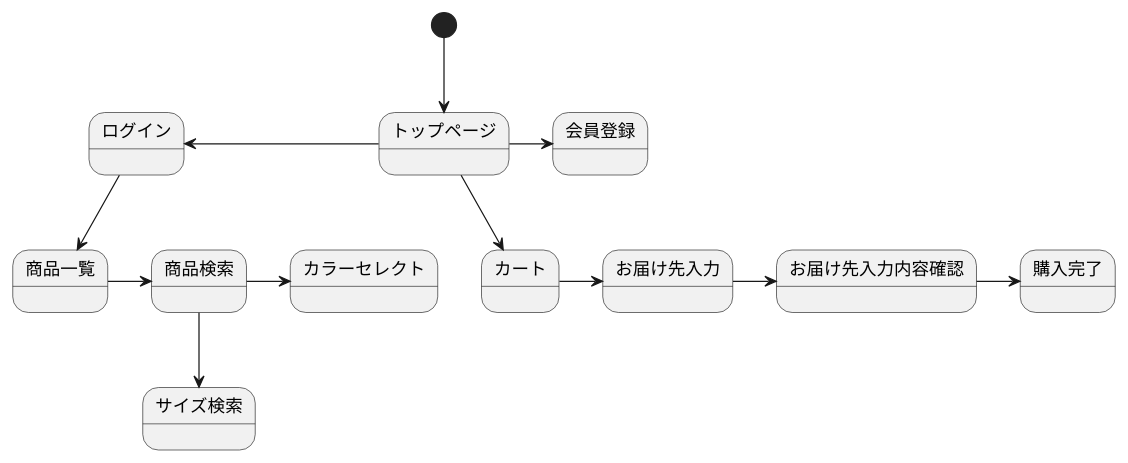
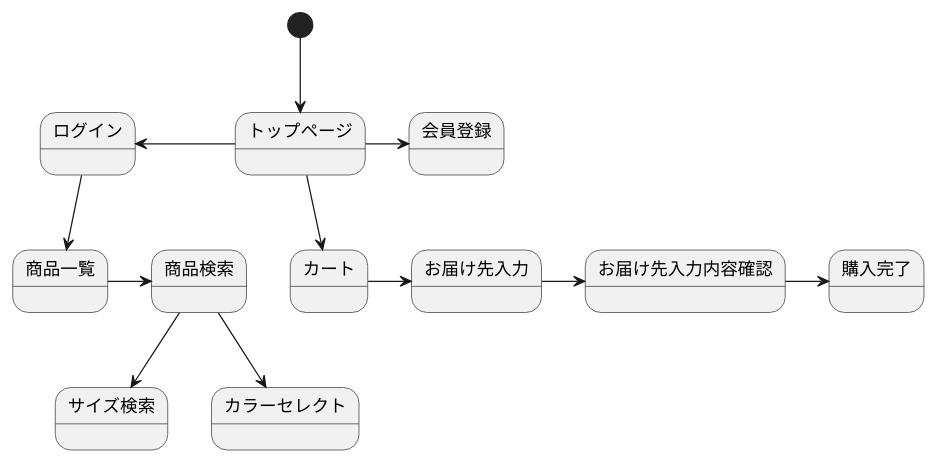
Before and after one commit to Aso2001379/2021sys-desing: the diagram in kadai12.md, drawn with PlantUML.

````diff
--- a/kadai12.md
+++ b/kadai12.md
@@ -1,15 +1,15 @@
 ```uml
 @startuml
 [*] --> トップページ
 トップページ -> 会員登録
 トップページ -left-> ログイン
 ログイン --> 商品一覧
 商品一覧 -> 商品検索
 商品検索 --> サイズ検索
-商品検索 -> カラーセレクト
+商品検索 --> カラーセレクト
 トップページ --> カート
 カート -> お届け先入力
 お届け先入力 -> お届け先入力内容確認
 お届け先入力内容確認 -> 購入完了
 @enduml
 ```
````
